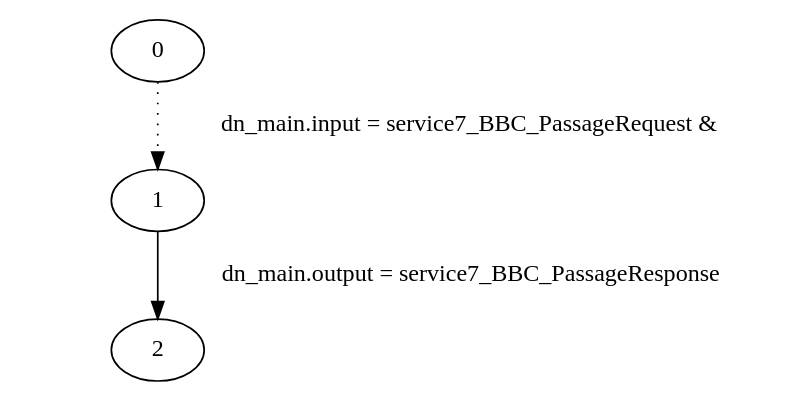
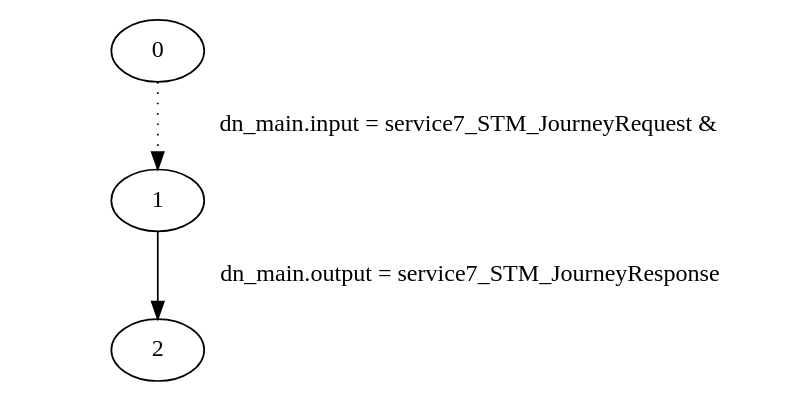
Before and after one commit to gstearmit/ATLAS-Personalized-Travel-Assistant: the diagram in ATLAS/target/classes/storyboard1/Compositions/AP_4/AP_4.dot, drawn with Graphviz. The commit also changed 344 other files, not shown here.

```diff
--- a/ATLAS/target/classes/storyboard1/Compositions/AP_4/AP_4.dot
+++ b/ATLAS/target/classes/storyboard1/Compositions/AP_4/AP_4.dot
@@ -1,7 +1,7 @@
 digraph plan_fsm {
 ratio="1.3";
 margin="0.2";
 size="8.0,11.4";
-"0" -> "1" [style=dotted label="dn_main.input = service7_BBC_PassageRequest &\n"]
-"1" -> "2" [label="dn_main.output = service7_BBC_PassageResponse"]
+"0" -> "1" [style=dotted label="dn_main.input = service7_STM_JourneyRequest &\n"]
+"1" -> "2" [label="dn_main.output = service7_STM_JourneyResponse"]
 }
```
